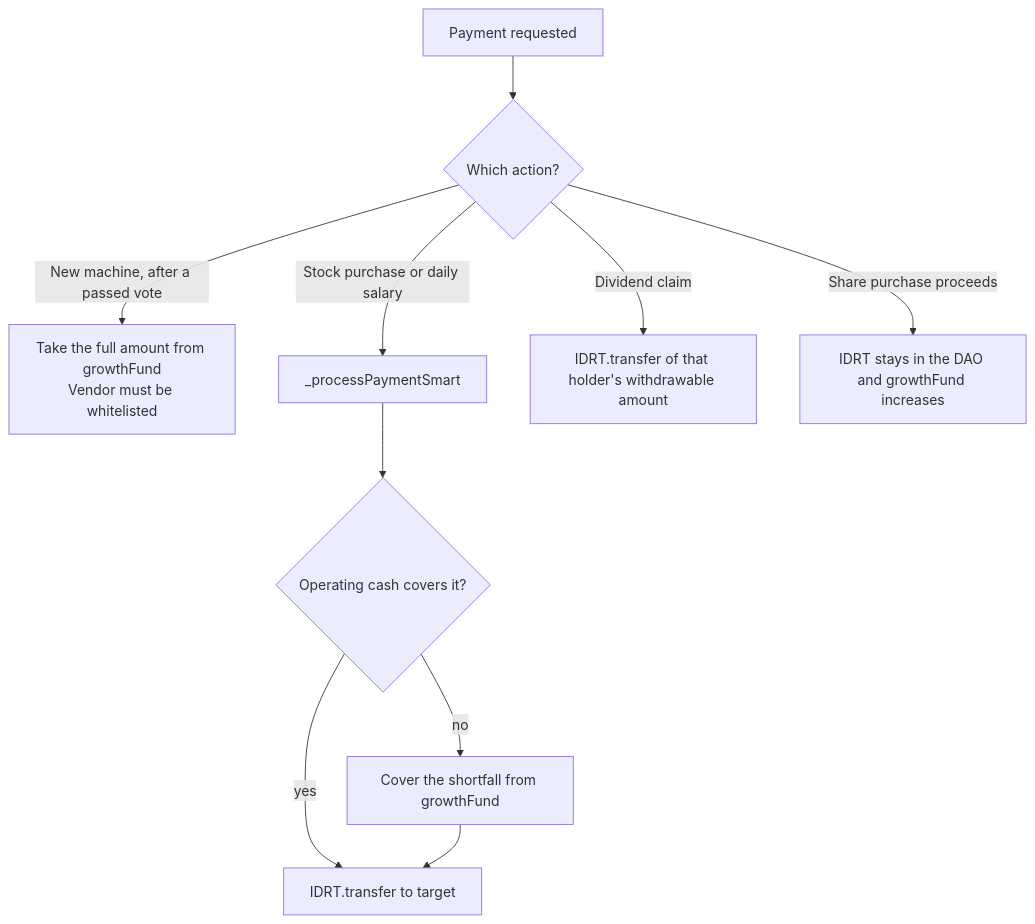
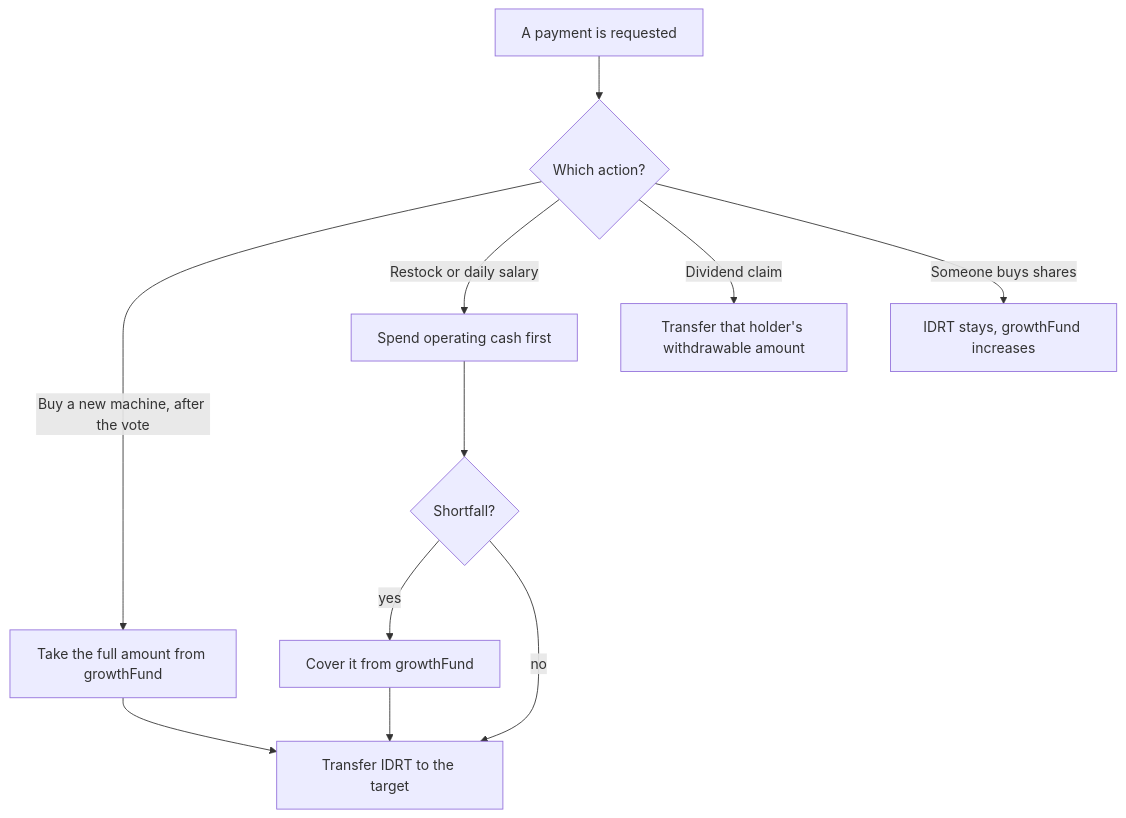
The fifth of 6 diagrams in README.md (artefiq/vending-machine-rwa), drawn with Mermaid before and after one commit. The commit also changed other lines of this file, not shown here.

````diff
--- a/README.md
+++ b/README.md
@@ -221,12 +210,13 @@
 ```mermaid
 flowchart TD
-    Start["Payment requested"] --> Kind{"Which action?"}
-    Kind -->|New machine, after a passed vote| GF["Take the full amount from growthFund<br/>Vendor must be whitelisted"]
-    Kind -->|Stock purchase or daily salary| Smart["_processPaymentSmart"]
-    Smart --> Ops{"Operating cash covers it?"}
-    Ops -->|yes| Send["IDRT.transfer to target"]
-    Ops -->|no| Deficit["Cover the shortfall from growthFund"]
-    Deficit --> Send
-    Kind -->|Dividend claim| DivPay["IDRT.transfer of that holder's withdrawable amount"]
-    Kind -->|Share purchase proceeds| IntoGrowth["IDRT stays in the DAO and growthFund increases"]
+    Start[A payment is requested] --> Kind{Which action?}
+    Kind -->|Buy a new machine, after the vote| GF[Take the full amount from growthFund]
+    Kind -->|Restock or daily salary| Smart[Spend operating cash first]
+    Smart --> Short{Shortfall?}
+    Short -->|yes| GF2[Cover it from growthFund]
+    Short -->|no| Send[Transfer IDRT to the target]
+    GF --> Send
+    GF2 --> Send
+    Kind -->|Dividend claim| Claim[Transfer that holder's withdrawable amount]
+    Kind -->|Someone buys shares| Hold[IDRT stays, growthFund increases]
 ```
````
